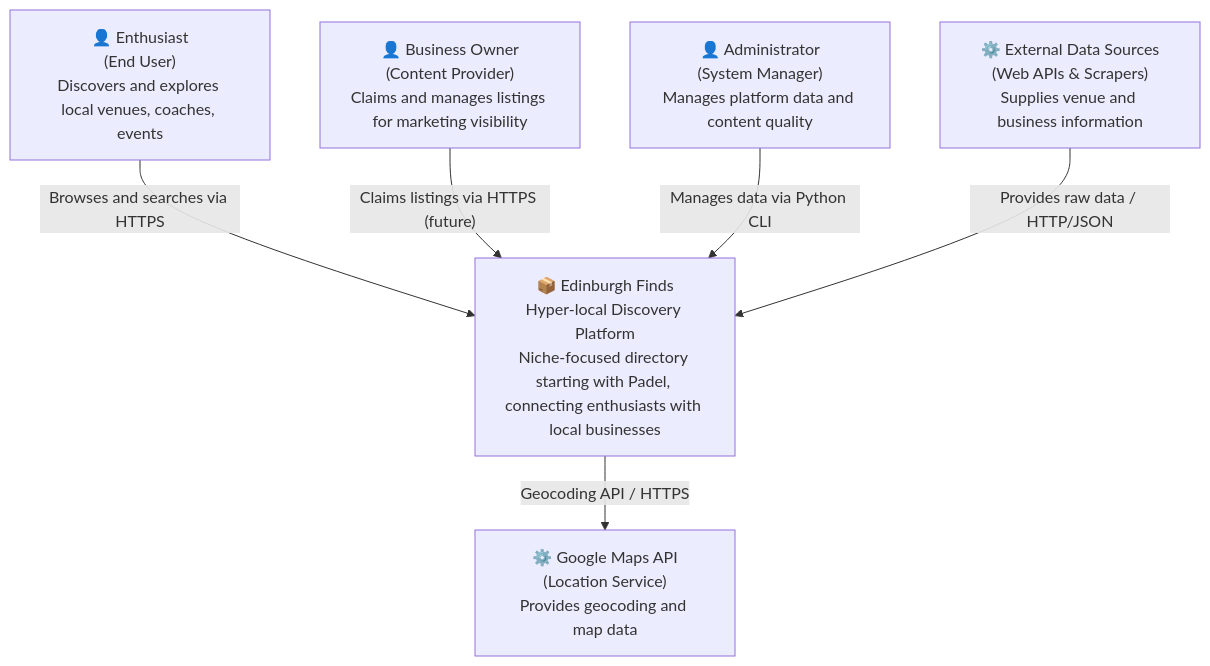
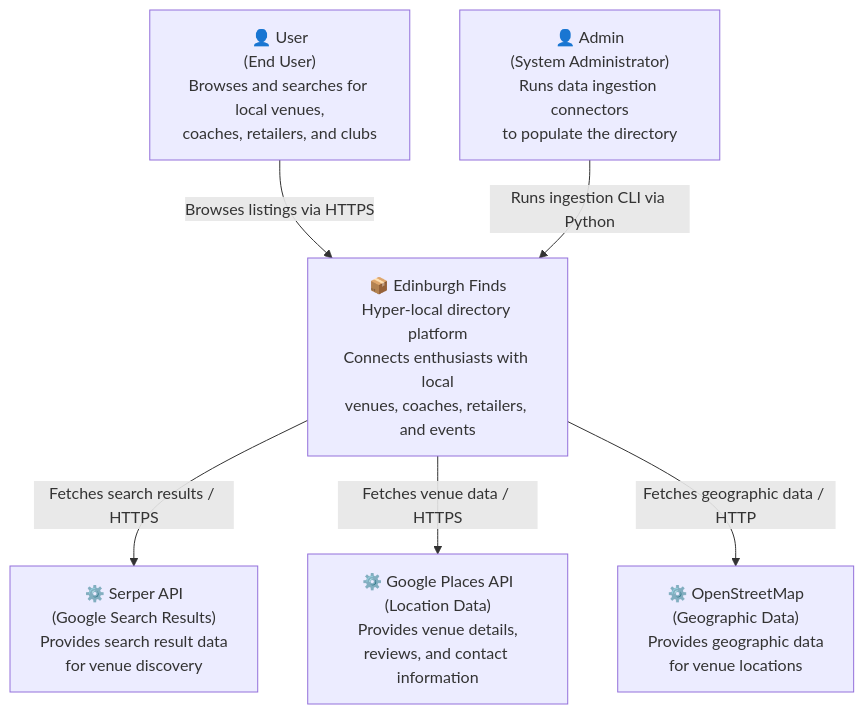
Before and after one commit to LarjGit/edinburgh-finds: the diagram in docs/architecture/c4-level1-context.md, drawn with Mermaid. The commit also changed other lines of this file and 3 other files, not shown here.

First line of the commit message:
docs(architecture): Simplify C4 diagrams to reflect current system state

````diff
--- a/docs/architecture/c4-level1-context.md
+++ b/docs/architecture/c4-level1-context.md
@@ -12,21 +12,21 @@
 ```mermaid
 graph TB
     %% Users
-    User["👤 Enthusiast<br/>(End User)<br/>Discovers and explores local venues, coaches, events"]
-    BusinessOwner["👤 Business Owner<br/>(Content Provider)<br/>Claims and manages listings for marketing visibility"]
-    Admin["👤 Administrator<br/>(System Manager)<br/>Manages platform data and content quality"]
+    User["👤 User<br/>(End User)<br/>Browses and searches for local venues,<br/>coaches, retailers, and clubs"]
+    Admin["👤 Admin<br/>(System Administrator)<br/>Runs data ingestion connectors<br/>to populate the directory"]
 
     %% System
-    System["📦 Edinburgh Finds<br/>Hyper-local Discovery Platform<br/>Niche-focused directory starting with Padel, connecting enthusiasts with local businesses"]
+    System["📦 Edinburgh Finds<br/>Hyper-local directory platform<br/>Connects enthusiasts with local<br/>venues, coaches, retailers, and events"]
 
     %% External Systems
-    GoogleMaps["⚙️ Google Maps API<br/>(Location Service)<br/>Provides geocoding and map data"]
-    DataSources["⚙️ External Data Sources<br/>(Web APIs & Scrapers)<br/>Supplies venue and business information"]
+    SerperAPI["⚙️ Serper API<br/>(Google Search Results)<br/>Provides search result data<br/>for venue discovery"]
+    GooglePlaces["⚙️ Google Places API<br/>(Location Data)<br/>Provides venue details,<br/>reviews, and contact information"]
+    OSM["⚙️ OpenStreetMap<br/>(Geographic Data)<br/>Provides geographic data<br/>for venue locations"]
 
     %% Relationships
-    User -->|"Browses and searches via HTTPS"| System
-    BusinessOwner -->|"Claims listings via HTTPS (future)"| System
-    Admin -->|"Manages data via Python CLI"| System
-    System -->|"Geocoding API / HTTPS"| GoogleMaps
-    DataSources -->|"Provides raw data / HTTP/JSON"| System
+    User -->|"Browses listings via HTTPS"| System
+    Admin -->|"Runs ingestion CLI via Python"| System
+    System -->|"Fetches search results / HTTPS"| SerperAPI
+    System -->|"Fetches venue data / HTTPS"| GooglePlaces
+    System -->|"Fetches geographic data / HTTP"| OSM
 ```
````
